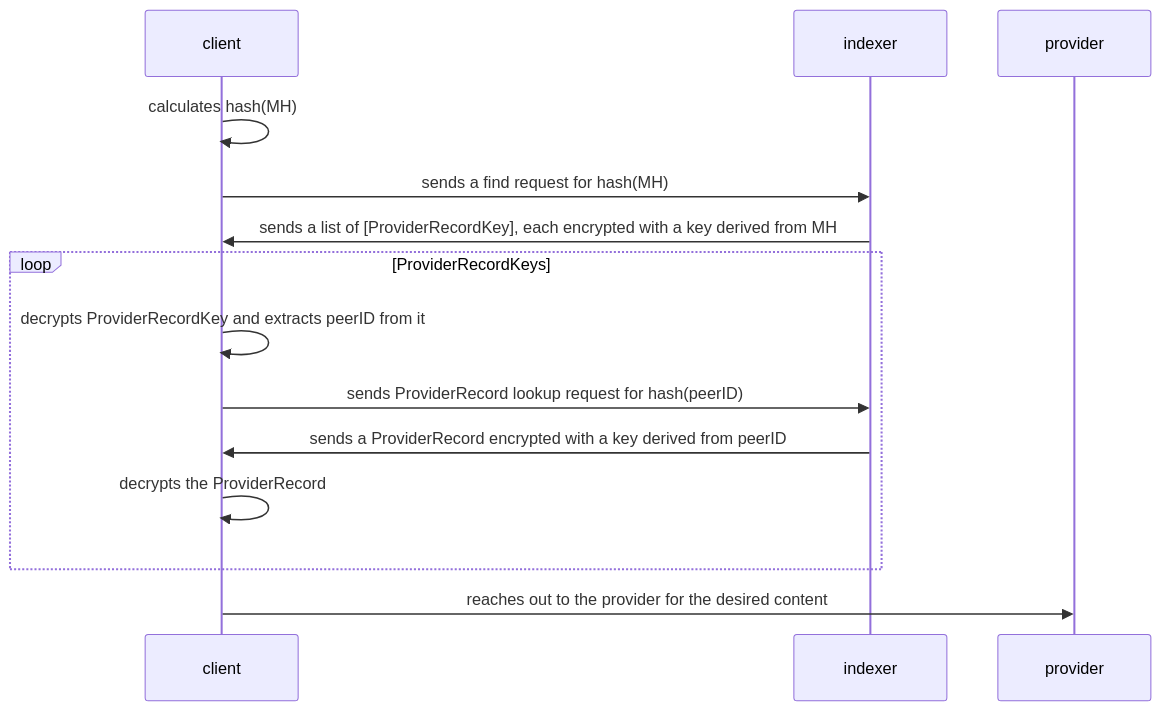
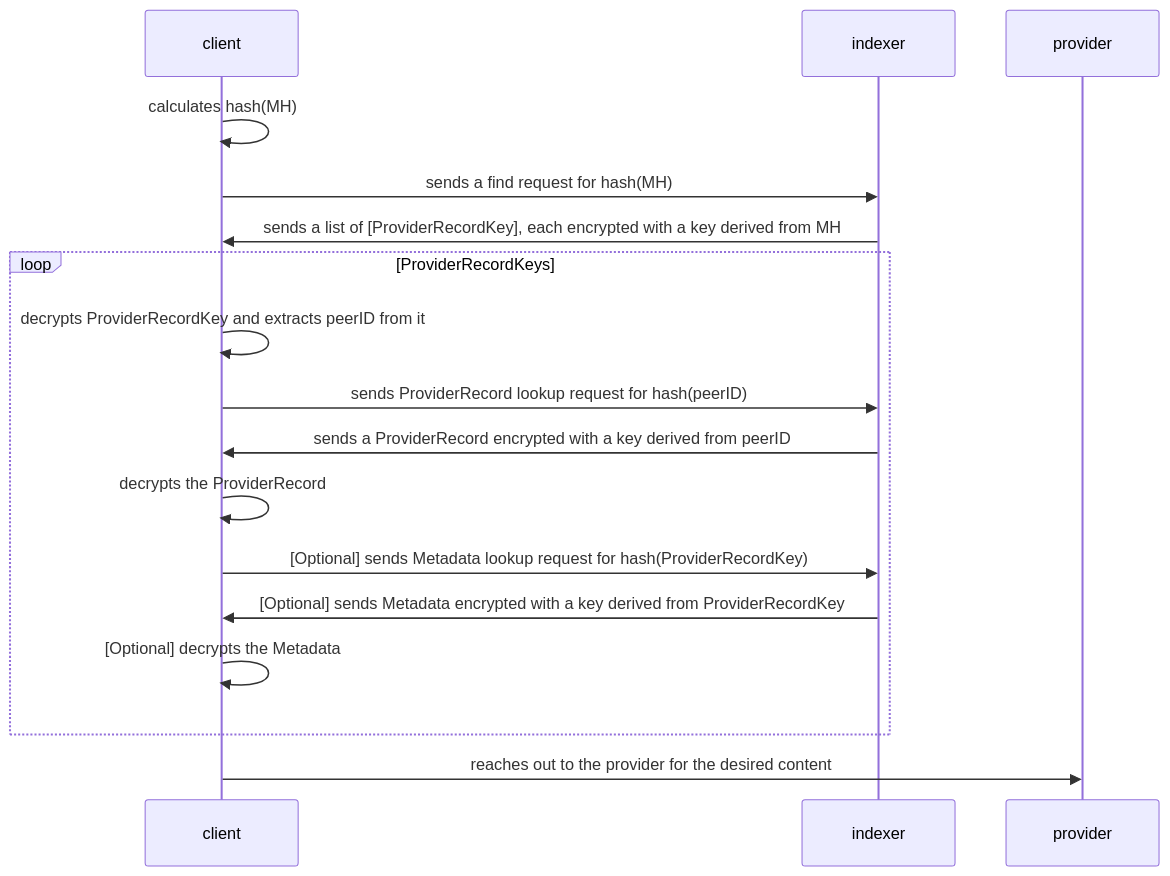
One commit to ipni/specs changed the diagram in reader-privacy.md. Above: the diagram before and after it, drawn with Mermaid. The commit also changed other lines of this file, not shown here.

````diff
--- a/reader-privacy.md
+++ b/reader-privacy.md
@@ -105,16 +109,19 @@
 ```mermaid
 sequenceDiagram
     participant client
     participant indexer
     participant provider
     client->>client: calculates hash(MH)
     client->>indexer: sends a find request for hash(MH)
     indexer->>client: sends a list of [ProviderRecordKey], each encrypted with a key derived from MH
     loop ProviderRecordKeys
         client->>client: decrypts ProviderRecordKey and extracts peerID from it
         client->>indexer: sends ProviderRecord lookup request for hash(peerID)
         indexer->>client: sends a ProviderRecord encrypted with a key derived from peerID
         client->>client: decrypts the ProviderRecord
+        client->>indexer: [Optional] sends Metadata lookup request for hash(ProviderRecordKey) 
+        indexer->>client: [Optional] sends Metadata encrypted with a key derived from ProviderRecordKey
+        client->>client: [Optional] decrypts the Metadata
     end
     client->>provider: reaches out to the provider for the desired content
 ```
````
